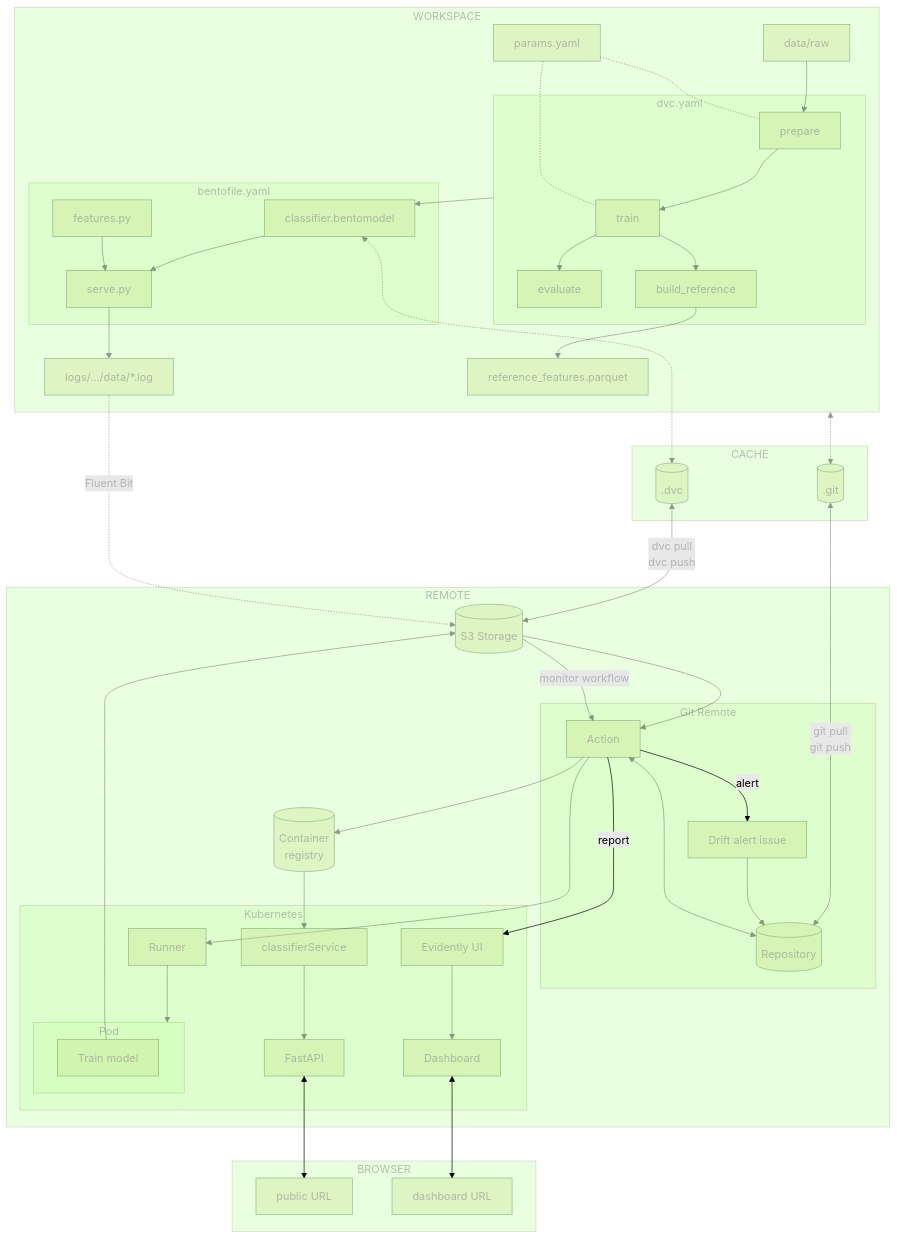
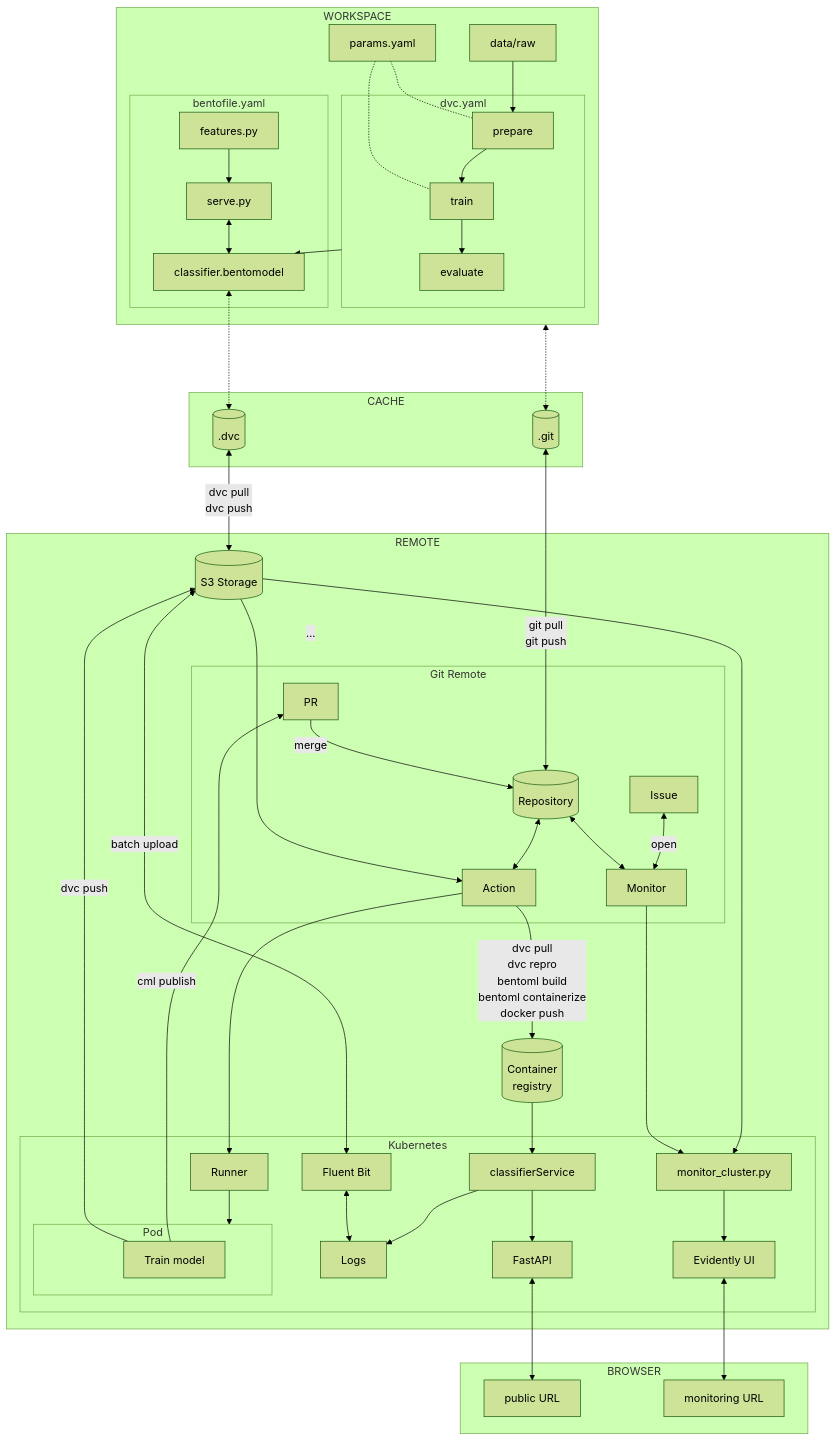
The diagram in docs/part-4-monitor-and-maintain/conclusion.md (swiss-ai-center/a-guide-to-mlops), drawn with Mermaid (forest theme) before and after one commit.

Commit message:
Improve part 4 conclusion graph

````diff
--- a/docs/part-4-monitor-and-maintain/conclusion.md
+++ b/docs/part-4-monitor-and-maintain/conclusion.md
@@ -34,32 +34,37 @@
     end
 
     subgraph workspaceGraph[WORKSPACE]
-        dvcGraph --> bento_model[classifier.bentomodel]
         subgraph bentoGraph[bentofile.yaml]
-            bento_model --> serve[serve.py]
+            serve[serve.py] <--> bento_model[classifier.bentomodel]
             features[features.py] --> serve
         end
-        serve --> drift_logs["logs/…/data/*.log"]
         bento_model <-.-> dot_dvc
 
         data --> prepare
-        params[params.yaml] -.- prepare
         subgraph dvcGraph["dvc.yaml"]
             prepare --> train
             train --> evaluate
-            train --> build_reference
         end
         params -.- train
-        build_reference --> reference_features[reference_features.parquet]
+        params[params.yaml] -.- prepare
+        dvcGraph --> bento_model
     end
 
     subgraph remoteGraph[REMOTE]
         s3_storage
         subgraph gitGraph[Git Remote]
+            request[PR] --> |merge|repository
+            issue[Issue] <--> |open| action_monitor
             repository[(Repository)] <--> action[Action]
-            issue[Drift alert issue] --> repository
+            repository <--> action_monitor[Monitor]
         end
-        action --> registry
+        action --> |dvc pull
+                    dvc repro
+                    bentoml build
+                    bentoml containerize
+                    docker push|registry
+        s3_storage -.- |...|request
+
         s3_storage --> action
         subgraph clusterGraph[Kubernetes]
             subgraph clusterPodGraph[Pod]
@@ -67,85 +72,27 @@
             end
             pod_runner[Runner] --> clusterPodGraph
             bento_service_cluster[classifierService] --> k8s_fastapi[FastAPI]
-            evidently_ui[Evidently UI] --> dashboard[Dashboard]
+            bento_service_cluster --> cluster_logs[Logs]
+            fluent_bit[Fluent Bit] <--> cluster_logs
+            monitor_cluster[monitor_cluster.py]
+            k8s_evidentlyui[Evidently UI]
         end
         action --> pod_runner
-        pod_train --> s3_storage
+        pod_train -->|cml publish| request
+        pod_train -->|dvc push| s3_storage
+        s3_storage <--> |batch upload| fluent_bit
 
         registry[(Container
                   registry)] --> bento_service_cluster
+        s3_storage --> monitor_cluster
+        action_monitor --> monitor_cluster
+        monitor_cluster --> k8s_evidentlyui
     end
-
-    drift_logs -.->|Fluent Bit| s3_storage
-    s3_storage -->|monitor workflow| action
-    action -->|report| evidently_ui
-    action -->|alert| issue
 
     subgraph browserGraph[BROWSER]
         k8s_fastapi <--> publicURL["public URL"]
-        dashboard <--> dashboardURL["dashboard URL"]
+        k8s_evidentlyui <--> monitoringURL["monitoring URL"]
     end
 
-    style workspaceGraph opacity:0.4,color:#7f7f7f80
-    style cacheGraph opacity:0.4,color:#7f7f7f80
-    style remoteGraph opacity:0.4,color:#7f7f7f80
-    style gitGraph opacity:0.4,color:#7f7f7f80
-    style clusterGraph opacity:0.4,color:#7f7f7f80
-    style clusterPodGraph opacity:0.4,color:#7f7f7f80
-    style browserGraph opacity:0.4,color:#7f7f7f80
-    style params opacity:0.4,color:#7f7f7f80
-    style data opacity:0.4,color:#7f7f7f80
-    style prepare opacity:0.4,color:#7f7f7f80
-    style train opacity:0.4,color:#7f7f7f80
-    style evaluate opacity:0.4,color:#7f7f7f80
-    style build_reference opacity:0.4,color:#7f7f7f80
-    style dvcGraph opacity:0.4,color:#7f7f7f80
-    style bentoGraph opacity:0.4,color:#7f7f7f80
-    style bento_model opacity:0.4,color:#7f7f7f80
-    style serve opacity:0.4,color:#7f7f7f80
-    style features opacity:0.4,color:#7f7f7f80
-    style drift_logs opacity:0.4,color:#7f7f7f80
-    style reference_features opacity:0.4,color:#7f7f7f80
-    style dot_git opacity:0.4,color:#7f7f7f80
-    style dot_dvc opacity:0.4,color:#7f7f7f80
-    style repository opacity:0.4,color:#7f7f7f80
-    style s3_storage opacity:0.4,color:#7f7f7f80
-    style action opacity:0.4,color:#7f7f7f80
-    style registry opacity:0.4,color:#7f7f7f80
-    style bento_service_cluster opacity:0.4,color:#7f7f7f80
-    style k8s_fastapi opacity:0.4,color:#7f7f7f80
-    style publicURL opacity:0.4,color:#7f7f7f80
-    style dashboard opacity:0.4,color:#7f7f7f80
-    style dashboardURL opacity:0.4,color:#7f7f7f80
-    style evidently_ui opacity:0.4,color:#7f7f7f80
-    style issue opacity:0.4,color:#7f7f7f80
-    style pod_runner opacity:0.4,color:#7f7f7f80
-    style pod_train opacity:0.4,color:#7f7f7f80
-    linkStyle 0 opacity:0.4,color:#7f7f7f80
-    linkStyle 1 opacity:0.4,color:#7f7f7f80
-    linkStyle 2 opacity:0.4,color:#7f7f7f80
-    linkStyle 3 opacity:0.4,color:#7f7f7f80
-    linkStyle 4 opacity:0.4,color:#7f7f7f80
-    linkStyle 5 opacity:0.4,color:#7f7f7f80
-    linkStyle 6 opacity:0.4,color:#7f7f7f80
-    linkStyle 7 opacity:0.4,color:#7f7f7f80
-    linkStyle 8 opacity:0.4,color:#7f7f7f80
-    linkStyle 9 opacity:0.4,color:#7f7f7f80
-    linkStyle 10 opacity:0.4,color:#7f7f7f80
-    linkStyle 11 opacity:0.4,color:#7f7f7f80
-    linkStyle 12 opacity:0.4,color:#7f7f7f80
-    linkStyle 13 opacity:0.4,color:#7f7f7f80
-    linkStyle 14 opacity:0.4,color:#7f7f7f80
-    linkStyle 15 opacity:0.4,color:#7f7f7f80
-    linkStyle 16 opacity:0.4,color:#7f7f7f80
-    linkStyle 17 opacity:0.4,color:#7f7f7f80
-    linkStyle 18 opacity:0.4,color:#7f7f7f80
-    linkStyle 19 opacity:0.4,color:#7f7f7f80
-    linkStyle 20 opacity:0.4,color:#7f7f7f80
-    linkStyle 21 opacity:0.4,color:#7f7f7f80
-    linkStyle 22 opacity:0.4,color:#7f7f7f80
-    linkStyle 23 opacity:0.4,color:#7f7f7f80
-    linkStyle 24 opacity:0.4,color:#7f7f7f80
-    linkStyle 25 opacity:0.4,color:#7f7f7f80
-    linkStyle 26 opacity:0.4,color:#7f7f7f80
+    linkStyle 17 opacity:0.0
 ```
````
